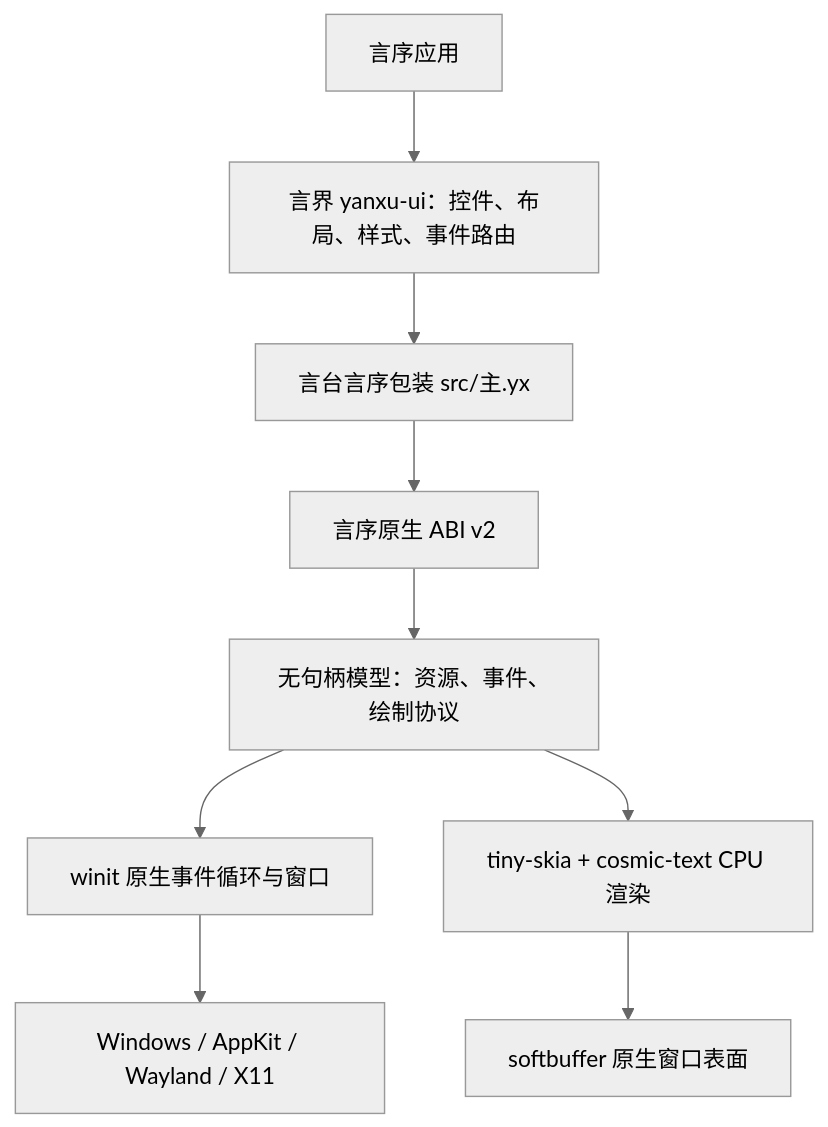
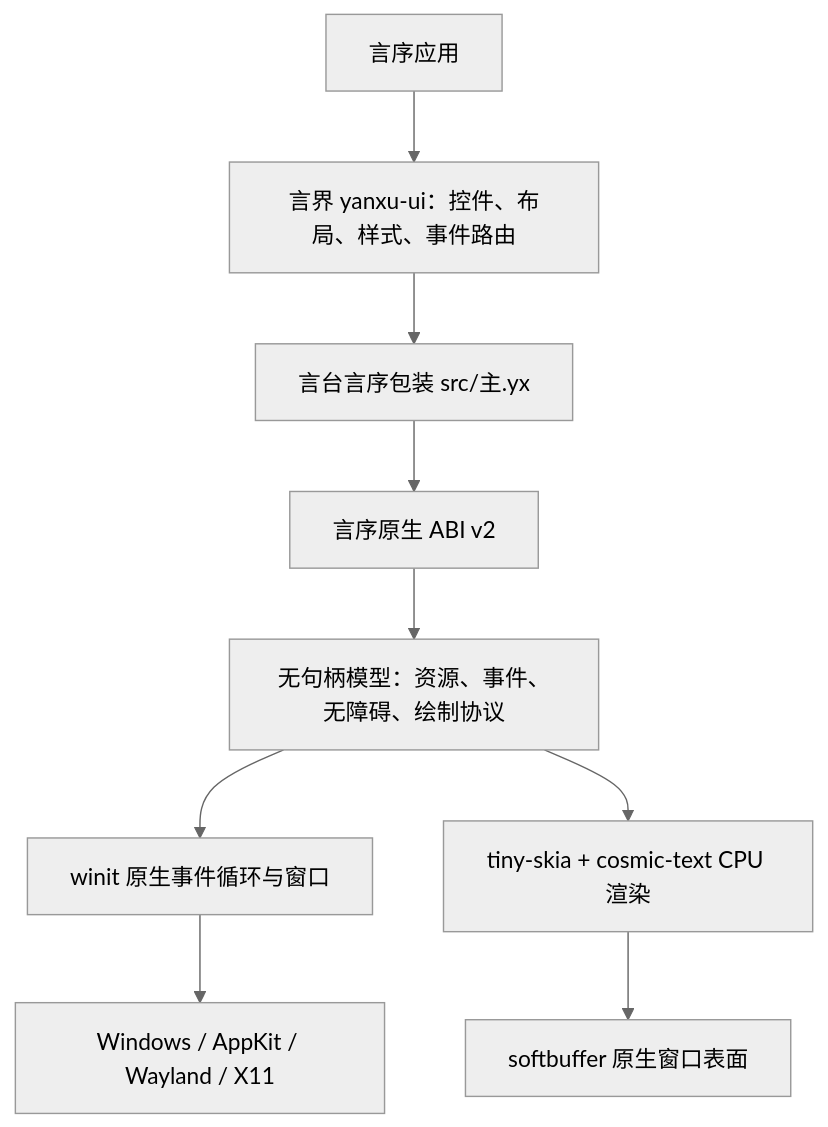
Before and after one commit to yanxulang/yanxu-platform: the diagram in docs/ARCHITECTURE.md, drawn with Mermaid (neutral theme). The commit also changed other lines of this file and 9 other files, not shown here.

````diff
--- a/docs/ARCHITECTURE.md
+++ b/docs/ARCHITECTURE.md
@@ -8,11 +8,11 @@
 ```mermaid
 flowchart TD
     A["言序应用"] --> B["言界 yanxu-ui：控件、布局、样式、事件路由"]
     B --> C["言台言序包装 src/主.yx"]
     C --> D["言序原生 ABI v2"]
-    D --> E["无句柄模型：资源、事件、绘制协议"]
+    D --> E["无句柄模型：资源、事件、无障碍、绘制协议"]
     E --> F["winit 原生事件循环与窗口"]
     E --> G["tiny-skia + cosmic-text CPU 渲染"]
     F --> H["Windows / AppKit / Wayland / X11"]
     G --> I["softbuffer 原生窗口表面"]
 ```
````
